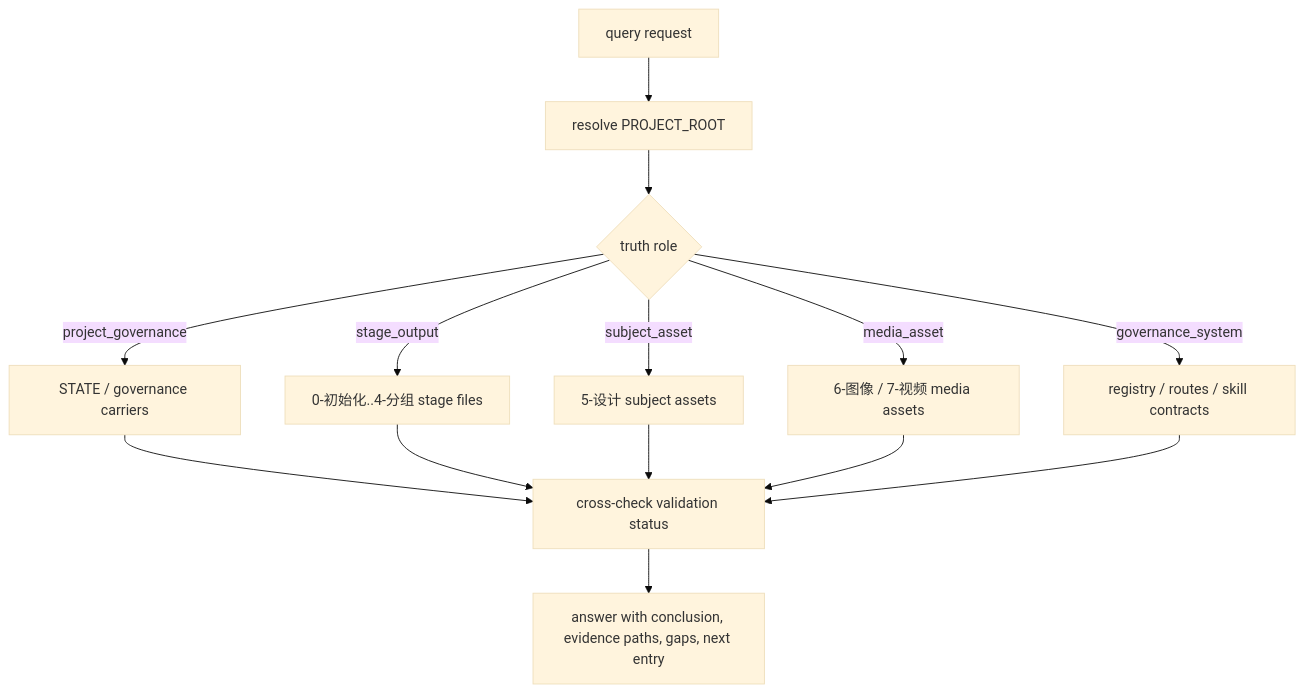
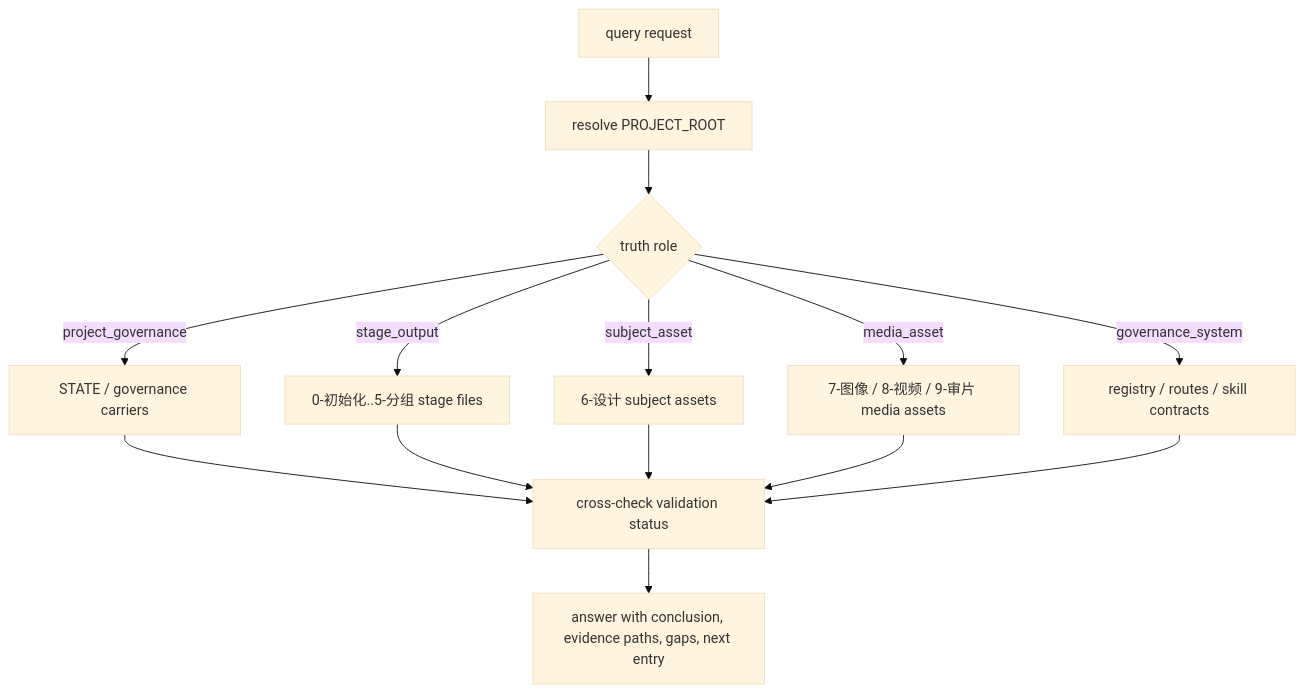
Before and after one commit to ZEN-VOID/AI-CUT: the diagram in .agents/skills/aigc/query/SKILL.md, drawn with Mermaid (base theme). The commit also changed other lines of this file and 1070 other files, not shown here.

````diff
--- a/.agents/skills/aigc/query/SKILL.md
+++ b/.agents/skills/aigc/query/SKILL.md
@@ -85,16 +85,16 @@
 ```mermaid
 flowchart TD
     A["query request"] --> B["resolve PROJECT_ROOT"]
     B --> C{"truth role"}
     C -->|"project_governance"| D["STATE / governance carriers"]
-    C -->|"stage_output"| E["0-初始化..4-分组 stage files"]
-    C -->|"subject_asset"| F["5-设计 subject assets"]
-    C -->|"media_asset"| G["6-图像 / 7-视频 media assets"]
+    C -->|"stage_output"| E["0-初始化..5-分组 stage files"]
+    C -->|"subject_asset"| F["6-设计 subject assets"]
+    C -->|"media_asset"| G["7-图像 / 8-视频 / 9-审片 media assets"]
     C -->|"governance_system"| H["registry / routes / skill contracts"]
     D --> I["cross-check validation status"]
     E --> I
     F --> I
     G --> I
     H --> I
     I --> J["answer with conclusion, evidence paths, gaps, next entry"]
 ```
````
